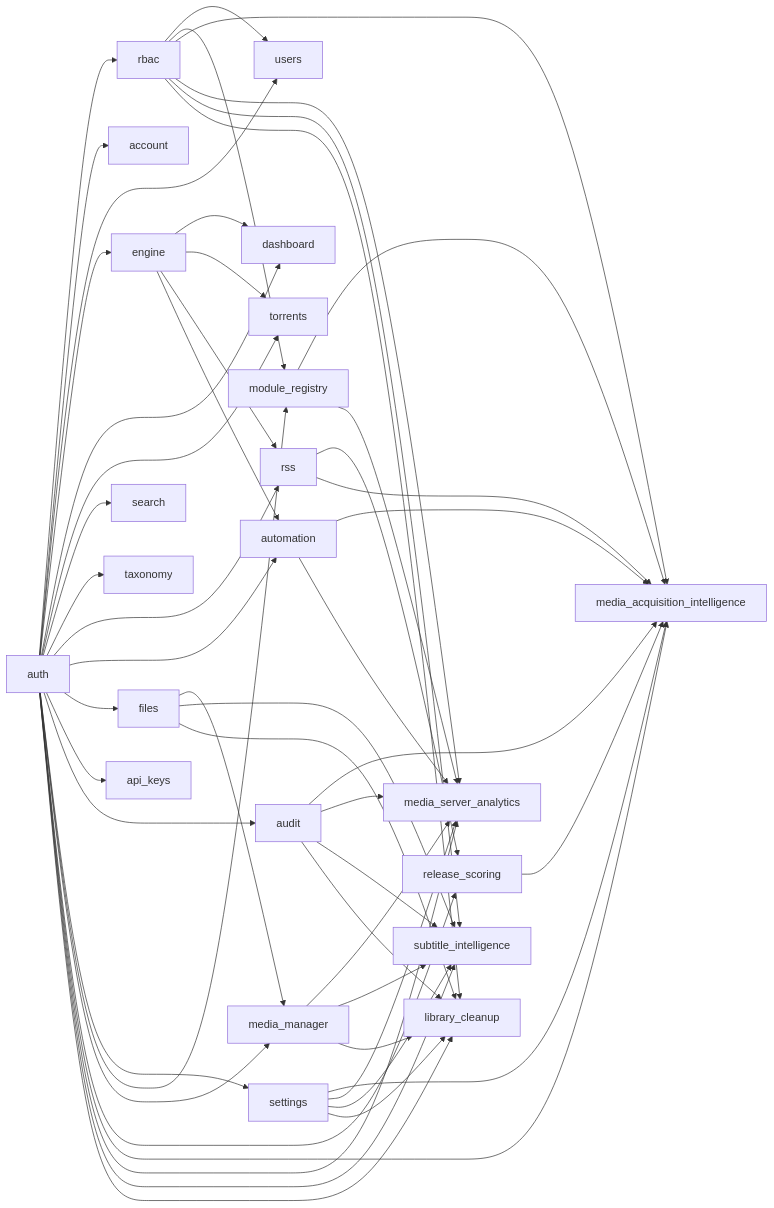
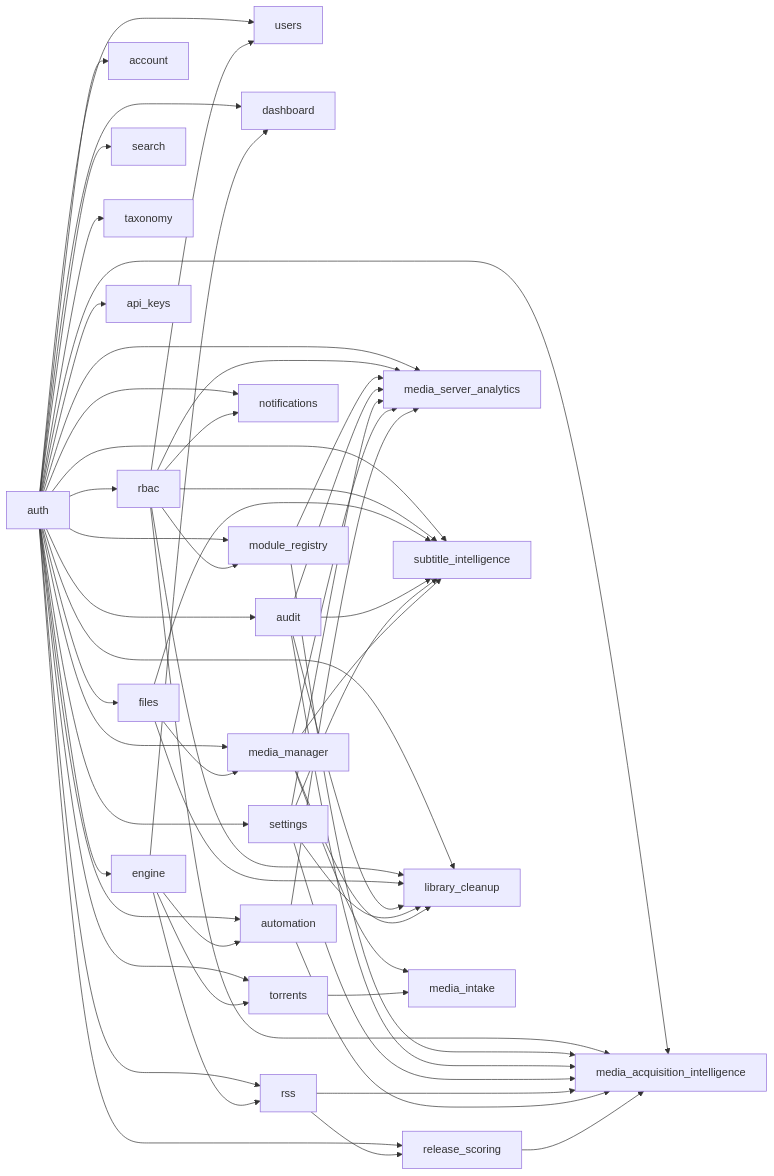
The diagram in website/docs/reference/modules.md (ultratorrentofficial/ultratorrent), drawn with Mermaid before and after one commit. The commit also changed other lines of this file and 34 other files, not shown here.

````diff
--- a/website/docs/reference/modules.md
+++ b/website/docs/reference/modules.md
@@ -25,55 +25,59 @@
 ```mermaid
 graph LR
   auth["auth"] --> rbac["rbac"]
   auth["auth"] --> account["account"]
   auth["auth"] --> users["users"]
   rbac["rbac"] --> users["users"]
   auth["auth"] --> engine["engine"]
   auth["auth"] --> dashboard["dashboard"]
   engine["engine"] --> dashboard["dashboard"]
   auth["auth"] --> torrents["torrents"]
   engine["engine"] --> torrents["torrents"]
   auth["auth"] --> search["search"]
   auth["auth"] --> taxonomy["taxonomy"]
   auth["auth"] --> rss["rss"]
   engine["engine"] --> rss["rss"]
   auth["auth"] --> automation["automation"]
   engine["engine"] --> automation["automation"]
   auth["auth"] --> files["files"]
   auth["auth"] --> api_keys["api_keys"]
+  auth["auth"] --> notifications["notifications"]
+  rbac["rbac"] --> notifications["notifications"]
   auth["auth"] --> audit["audit"]
   auth["auth"] --> settings["settings"]
   auth["auth"] --> module_registry["module_registry"]
   rbac["rbac"] --> module_registry["module_registry"]
   auth["auth"] --> media_manager["media_manager"]
   files["files"] --> media_manager["media_manager"]
   auth["auth"] --> release_scoring["release_scoring"]
   rss["rss"] --> release_scoring["release_scoring"]
   auth["auth"] --> media_acquisition_intelligence["media_acquisition_intelligence"]
   rbac["rbac"] --> media_acquisition_intelligence["media_acquisition_intelligence"]
   module_registry["module_registry"] --> media_acquisition_intelligence["media_acquisition_intelligence"]
   audit["audit"] --> media_acquisition_intelligence["media_acquisition_intelligence"]
   settings["settings"] --> media_acquisition_intelligence["media_acquisition_intelligence"]
   rss["rss"] --> media_acquisition_intelligence["media_acquisition_intelligence"]
   automation["automation"] --> media_acquisition_intelligence["media_acquisition_intelligence"]
   release_scoring["release_scoring"] --> media_acquisition_intelligence["media_acquisition_intelligence"]
   auth["auth"] --> media_server_analytics["media_server_analytics"]
   rbac["rbac"] --> media_server_analytics["media_server_analytics"]
   module_registry["module_registry"] --> media_server_analytics["media_server_analytics"]
   audit["audit"] --> media_server_analytics["media_server_analytics"]
   settings["settings"] --> media_server_analytics["media_server_analytics"]
   media_manager["media_manager"] --> media_server_analytics["media_server_analytics"]
   automation["automation"] --> media_server_analytics["media_server_analytics"]
   auth["auth"] --> subtitle_intelligence["subtitle_intelligence"]
   rbac["rbac"] --> subtitle_intelligence["subtitle_intelligence"]
   files["files"] --> subtitle_intelligence["subtitle_intelligence"]
   audit["audit"] --> subtitle_intelligence["subtitle_intelligence"]
   settings["settings"] --> subtitle_intelligence["subtitle_intelligence"]
   media_manager["media_manager"] --> subtitle_intelligence["subtitle_intelligence"]
   auth["auth"] --> library_cleanup["library_cleanup"]
   rbac["rbac"] --> library_cleanup["library_cleanup"]
   files["files"] --> library_cleanup["library_cleanup"]
   audit["audit"] --> library_cleanup["library_cleanup"]
   settings["settings"] --> library_cleanup["library_cleanup"]
   media_manager["media_manager"] --> library_cleanup["library_cleanup"]
+  media_manager["media_manager"] --> media_intake["media_intake"]
+  torrents["torrents"] --> media_intake["media_intake"]
 ```
````
